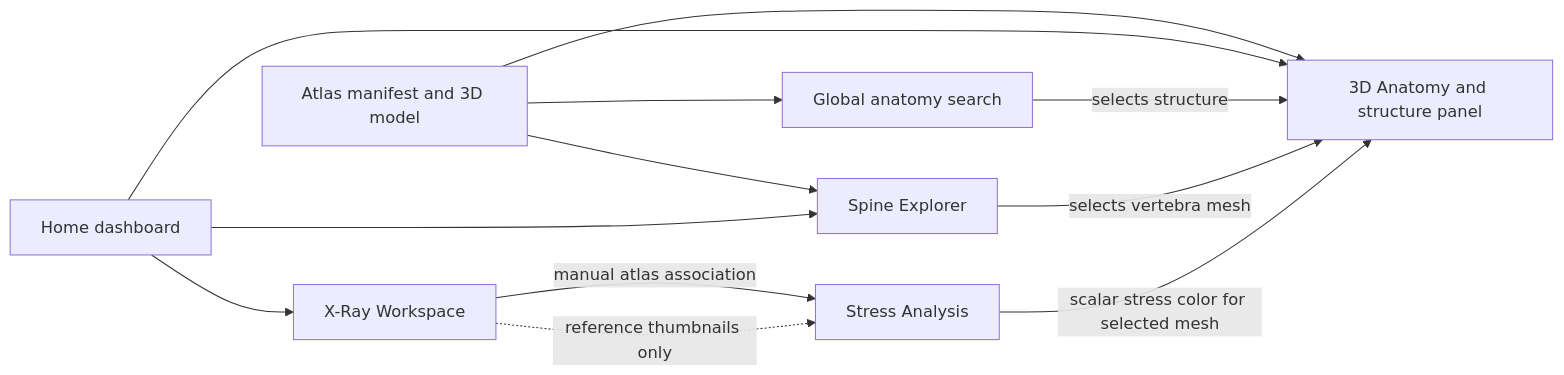
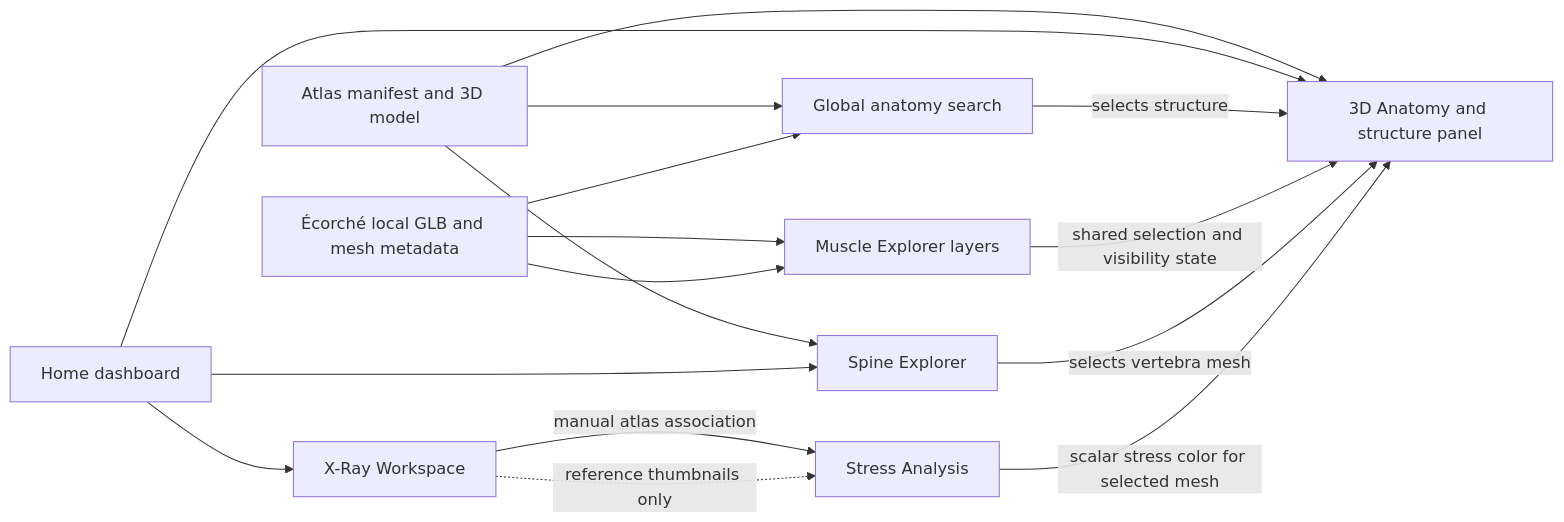
Before and after one commit to spixcy/BoneVista: the diagram in README.md, drawn with Mermaid. The commit also changed other lines of this file and 22 other files, not shown here.

Commit message:
Add integrated muscle atlas explorer

````diff
--- a/README.md
+++ b/README.md
@@ -65,14 +68,18 @@
 ```mermaid
 flowchart LR
   Atlas[Atlas manifest and 3D model] --> Search[Global anatomy search]
   Atlas --> Viewer[3D Anatomy and structure panel]
+  MuscleAtlas[Écorché local GLB and mesh metadata] --> Muscle[Muscle Explorer layers]
+  MuscleAtlas --> Search
+  MuscleAtlas --> Muscle
   Atlas --> Spine[Spine Explorer]
   Dashboard[Home dashboard] --> Viewer
   Dashboard --> Spine
   Dashboard --> Xray[X-Ray Workspace]
   Search -->|selects structure| Viewer
+  Muscle -->|shared selection and visibility state| Viewer
   Spine -->|selects vertebra mesh| Viewer
   Xray -->|manual atlas association| Stress[Stress Analysis]
   Stress -->|scalar stress color for selected mesh| Viewer
   Xray -.->|reference thumbnails only| Stress
 ```
````
